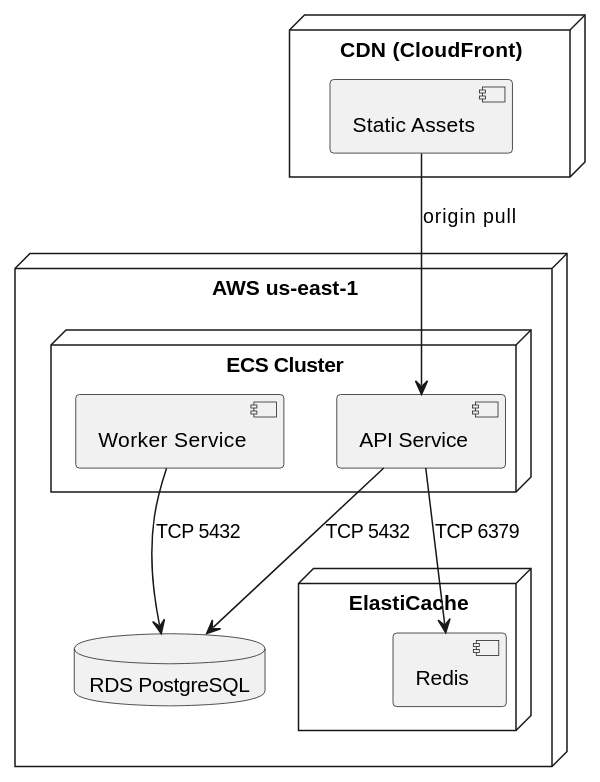
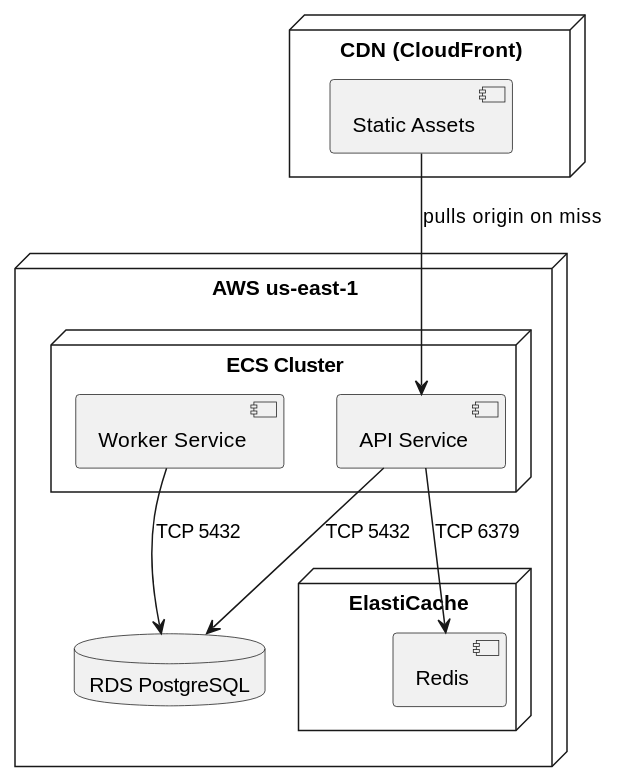
The eighth of 8 diagrams in plugins/spec-driven-dev/skills/writing-uml/diagram-types.md (BIBIOTA/yuki-marketplace), drawn with PlantUML before and after one commit. The commit also changed other lines of this file and 1 other file, not shown here.

Commit message:
fix: address writing-uml skill review feedback

````diff
--- a/plugins/spec-driven-dev/skills/writing-uml/diagram-types.md
+++ b/plugins/spec-driven-dev/skills/writing-uml/diagram-types.md
@@ -257,23 +257,23 @@
 ```plantuml
 @startuml
 node "AWS us-east-1" {
     node "ECS Cluster" {
         [API Service] as API
         [Worker Service] as Worker
     }
     database "RDS PostgreSQL" as DB
     node "ElastiCache" {
         [Redis] as Cache
     }
 }
 
 node "CDN (CloudFront)" {
     [Static Assets] as Assets
 }
 
 API --> DB : TCP 5432
 API --> Cache : TCP 6379
 Worker --> DB : TCP 5432
-Assets --> API : origin pull
+Assets --> API : pulls origin on miss
 @enduml
 ```
````
